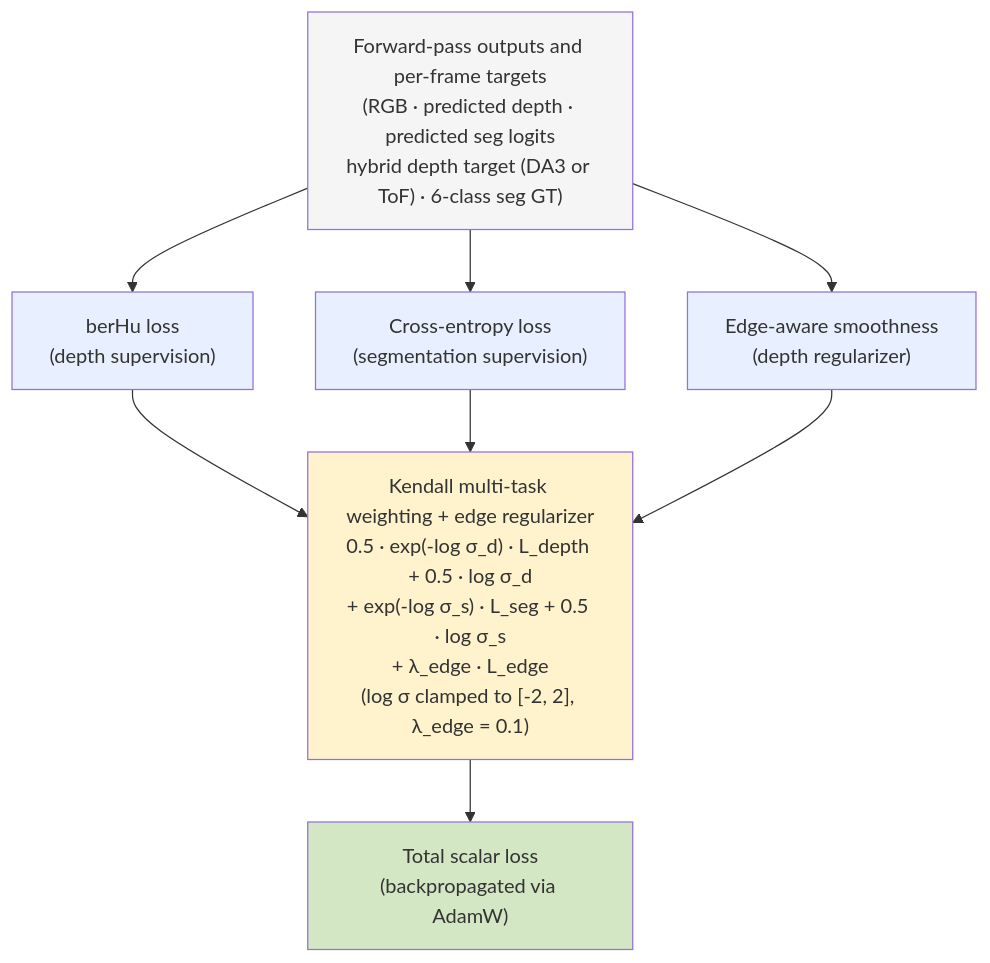
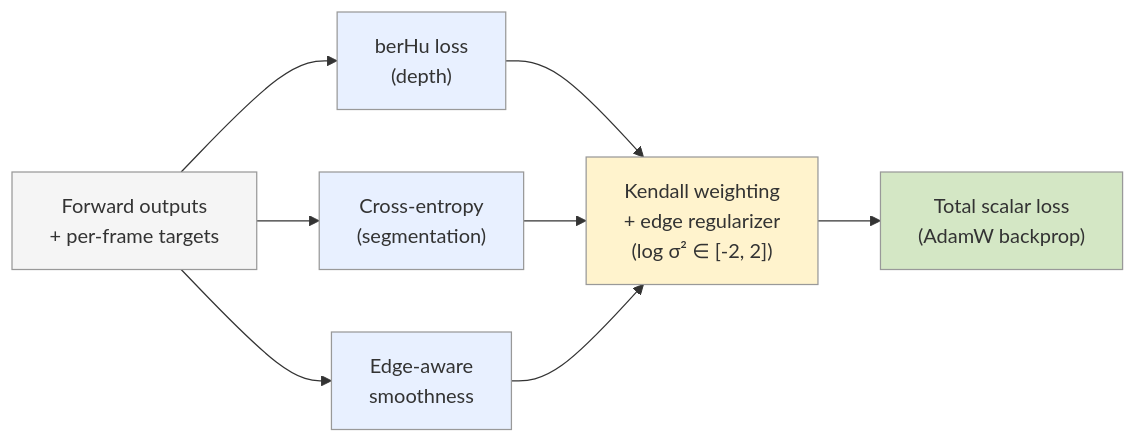
One commit to Nishant-ZFYII/ml_inference changed the fourth of 4 diagrams in docs/architecture.md. Above: the diagram before and after it, drawn with Mermaid. The commit also changed other lines of this file, not shown here.

```diff
--- a/docs/architecture.md
+++ b/docs/architecture.md
@@ -136,23 +109,19 @@
 <div class="mermaid">
-flowchart TB
-    INPUTS["Forward-pass outputs and per-frame targets<br/>(RGB · predicted depth · predicted seg logits<br/>hybrid depth target (DA3 or ToF) · 6-class seg GT)"]
+flowchart LR
+    INPUTS["Forward outputs<br/>+ per-frame targets"]:::input
+    BERHU["berHu loss<br/>(depth)"]:::loss
+    CE["Cross-entropy<br/>(segmentation)"]:::loss
+    EDGE["Edge-aware<br/>smoothness"]:::loss
+    KENDALL["Kendall weighting<br/>+ edge regularizer<br/>(log σ² ∈ [-2, 2])"]:::weight
+    TOTAL["Total scalar loss<br/>(AdamW backprop)"]:::output
 
-    INPUTS --> BERHU["berHu loss<br/>(depth supervision)"]
-    INPUTS --> CE["Cross-entropy loss<br/>(segmentation supervision)"]
-    INPUTS --> EDGE["Edge-aware smoothness<br/>(depth regularizer)"]
+    INPUTS --> BERHU --> KENDALL
+    INPUTS --> CE --> KENDALL
+    INPUTS --> EDGE --> KENDALL
+    KENDALL --> TOTAL
 
-    BERHU --> KENDALL
-    CE --> KENDALL
-    EDGE --> KENDALL
-
-    KENDALL["Kendall multi-task weighting + edge regularizer<br/>0.5 · exp(-log σ_d) · L_depth + 0.5 · log σ_d<br/>+ exp(-log σ_s) · L_seg + 0.5 · log σ_s<br/>+ λ_edge · L_edge<br/>(log σ clamped to [-2, 2], λ_edge = 0.1)"]
-
-    KENDALL --> TOTAL["Total scalar loss<br/>(backpropagated via AdamW)"]
-
-    style INPUTS fill:#f5f5f5
-    style BERHU fill:#e8f0ff
-    style CE fill:#e8f0ff
-    style EDGE fill:#e8f0ff
-    style KENDALL fill:#fff3cd
-    style TOTAL fill:#d4e7c5
+    classDef input fill:#f5f5f5,stroke:#999
+    classDef loss fill:#e8f0ff,stroke:#999
+    classDef weight fill:#fff3cd,stroke:#999
+    classDef output fill:#d4e7c5,stroke:#999
 </div>
```
